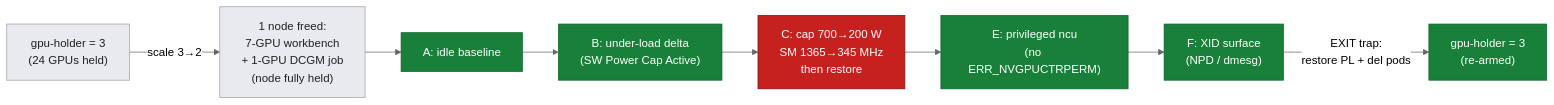
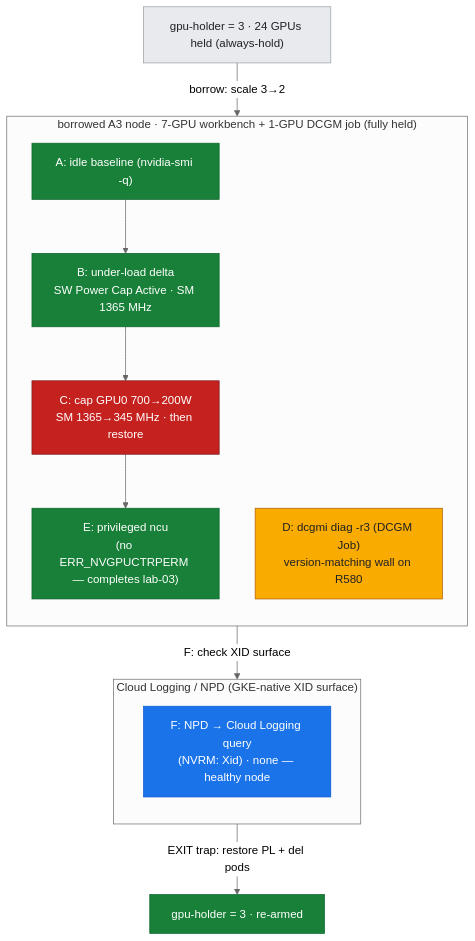
The second of 2 diagrams in labs/lab-14-single-gpu-health-triage/README.md (elideng-sg/hypercomputer-internode-deepdive), drawn with Mermaid (neutral theme) before and after one commit. The commit also changed other lines of this file and 19 other files, not shown here.

First line of the commit message:
Diagrams: env-overview + combined step-flow across all 20 remaining labs

````diff
--- a/labs/lab-14-single-gpu-health-triage/README.md
+++ b/labs/lab-14-single-gpu-health-triage/README.md
@@ -42,14 +76,25 @@
 ```mermaid
-flowchart LR
-  H0["gpu-holder = 3<br/>(24 GPUs held)"] -->|"scale 3→2"| W["1 node freed:<br/>7-GPU workbench<br/>+ 1-GPU DCGM job<br/>(node fully held)"]
-  W --> PA["A: idle baseline"]
-  PA --> PB["B: under-load delta<br/>(SW Power Cap Active)"]
-  PB --> PC["C: cap 700→200 W<br/>SM 1365→345 MHz<br/>then restore"]
-  PC --> PE["E: privileged ncu<br/>(no ERR_NVGPUCTRPERM)"]
-  PE --> PF["F: XID surface<br/>(NPD / dmesg)"]
-  PF -->|"EXIT trap:<br/>restore PL + del pods"| R["gpu-holder = 3<br/>(re-armed)"]
+flowchart TB
+  H0["gpu-holder = 3 · 24 GPUs held (always-hold)"] -->|"borrow: scale 3→2"| S1
+  subgraph NODE["borrowed A3 node · 7-GPU workbench + 1-GPU DCGM job (fully held)"]
+    direction TB
+    S1["A: idle baseline (nvidia-smi -q)"]
+    S2["B: under-load delta<br/>SW Power Cap Active · SM 1365 MHz"]
+    S3["C: cap GPU0 700→200W<br/>SM 1365→345 MHz · then restore"]
+    S4["E: privileged ncu<br/>(no ERR_NVGPUCTRPERM — completes lab-03)"]
+    D["D: dcgmi diag -r3 (DCGM Job)<br/>version-matching wall on R580"]
+    S1 --> S2 --> S3 --> S4
+  end
+  subgraph LOG["Cloud Logging / NPD (GKE-native XID surface)"]
+    direction TB
+    F["F: NPD → Cloud Logging query<br/>(NVRM: Xid) · none — healthy node"]
+  end
+  S4 -->|"F: check XID surface"| F
+  F -->|"EXIT trap: restore PL + del pods"| R["gpu-holder = 3 · re-armed"]
+  classDef meas fill:#1a73e8,stroke:#0b57d0,color:#ffffff;
   classDef ctx fill:#e8eaed,stroke:#9aa0a6,color:#202124;
   classDef good fill:#188038,stroke:#0d652d,color:#ffffff;
   classDef crit fill:#c5221f,stroke:#7a161c,color:#ffffff;
-  class H0,W ctx; class PA,PB,PE,PF good; class PC crit; class R good;
+  classDef accent fill:#f9ab00,stroke:#b06000,color:#202124;
+  class H0 ctx; class S1,S2,S4 good; class S3 crit; class D accent; class F meas; class R good;
 ```
````
